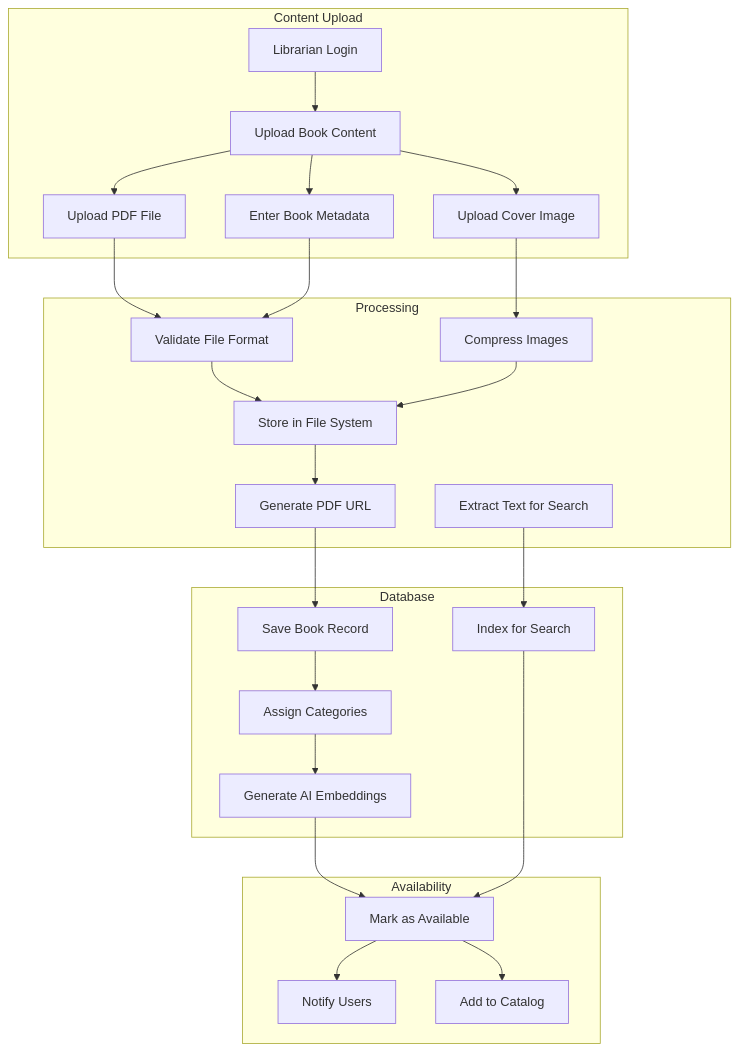
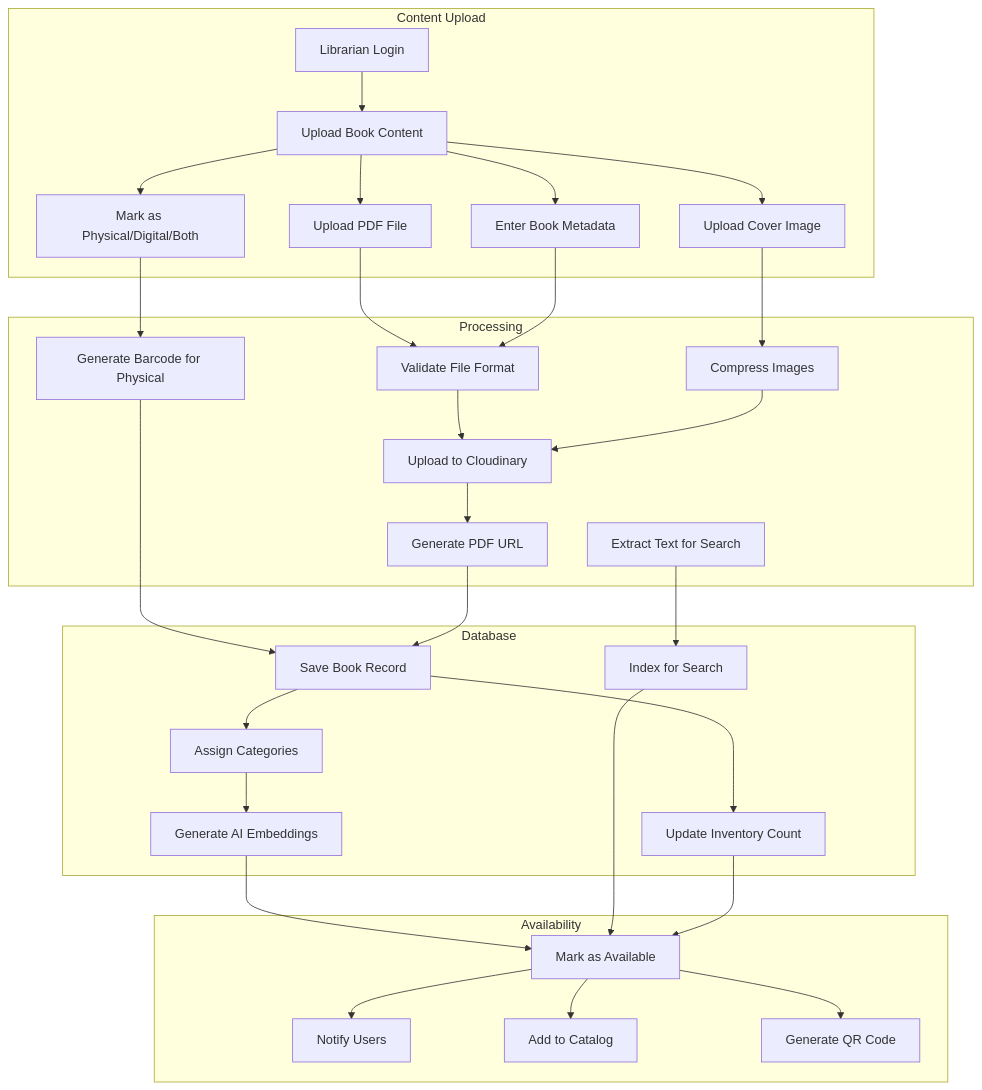
The seventh of 12 diagrams in README.md (H3xKatana/EstinBib-new), drawn with Mermaid before and after one commit. The commit also changed other lines of this file, not shown here.

````diff
--- a/README.md
+++ b/README.md
@@ -406,54 +467,64 @@
 ```mermaid
 flowchart TD
     subgraph "Content Upload"
         LIBRARIAN[Librarian Login]
         UPLOAD[Upload Book Content]
         PDF_UPLOAD[Upload PDF File]
         METADATA[Enter Book Metadata]
         COVER[Upload Cover Image]
+        PHYSICAL[Mark as Physical/Digital/Both]
     end
     
     subgraph "Processing"
         VALIDATE[Validate File Format]
-        STORAGE[Store in File System]
+        CLOUDINARY[Upload to Cloudinary]
         PDF_URL[Generate PDF URL]
         COMPRESS[Compress Images]
         EXTRACT[Extract Text for Search]
+        BARCODE[Generate Barcode for Physical]
     end
     
     subgraph "Database"
         SAVE_BOOK[Save Book Record]
         CATEGORIES[Assign Categories]
         INDEXING[Index for Search]
         EMBEDDING[Generate AI Embeddings]
+        INVENTORY[Update Inventory Count]
     end
     
     subgraph "Availability"
         PUBLISH[Mark as Available]
         NOTIFY[Notify Users]
         CATALOG[Add to Catalog]
+        QR_CODE[Generate QR Code]
     end
     
     LIBRARIAN --> UPLOAD
     UPLOAD --> PDF_UPLOAD
     UPLOAD --> METADATA
     UPLOAD --> COVER
+    UPLOAD --> PHYSICAL
     
     PDF_UPLOAD --> VALIDATE
     METADATA --> VALIDATE
     COVER --> COMPRESS
+    PHYSICAL --> BARCODE
     
-    VALIDATE --> STORAGE
-    STORAGE --> PDF_URL
-    COMPRESS --> STORAGE
+    VALIDATE --> CLOUDINARY
+    CLOUDINARY --> PDF_URL
+    COMPRESS --> CLOUDINARY
+    BARCODE --> SAVE_BOOK
     
     PDF_URL --> SAVE_BOOK
     EXTRACT --> INDEXING
     SAVE_BOOK --> CATEGORIES
     CATEGORIES --> EMBEDDING
+    SAVE_BOOK --> INVENTORY
     
     EMBEDDING --> PUBLISH
     INDEXING --> PUBLISH
+    INVENTORY --> PUBLISH
     PUBLISH --> NOTIFY
     PUBLISH --> CATALOG
+    PUBLISH --> QR_CODE
 ```
````
